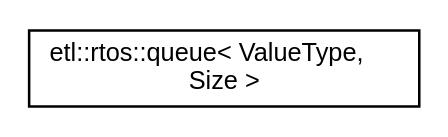
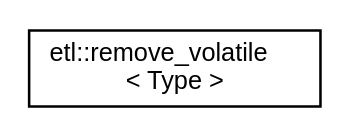
Before and after one commit to tobanteAudio/taetl: the diagram in inherit_graph_62.dot, drawn with Graphviz. The commit also changed 172 other files, not shown here.

```diff
--- a/inherit_graph_62.dot
+++ b/inherit_graph_62.dot
@@ -1,7 +1,7 @@
 digraph "Graphical Class Hierarchy"
 {
   edge [fontname="Helvetica",fontsize="10",labelfontname="Helvetica",labelfontsize="10"];
   node [fontname="Helvetica",fontsize="10",shape=record];
   rankdir="LR";
-  Node0 [label="etl::rtos::queue\< ValueType,\l Size \>",height=0.2,width=0.4,color="black", fillcolor="white", style="filled",URL="$classetl_1_1rtos_1_1queue.html"];
+  Node0 [label="etl::remove_volatile\l\< Type \>",height=0.2,width=0.4,color="black", fillcolor="white", style="filled",URL="$structetl_1_1remove__volatile.html"];
 }
```
